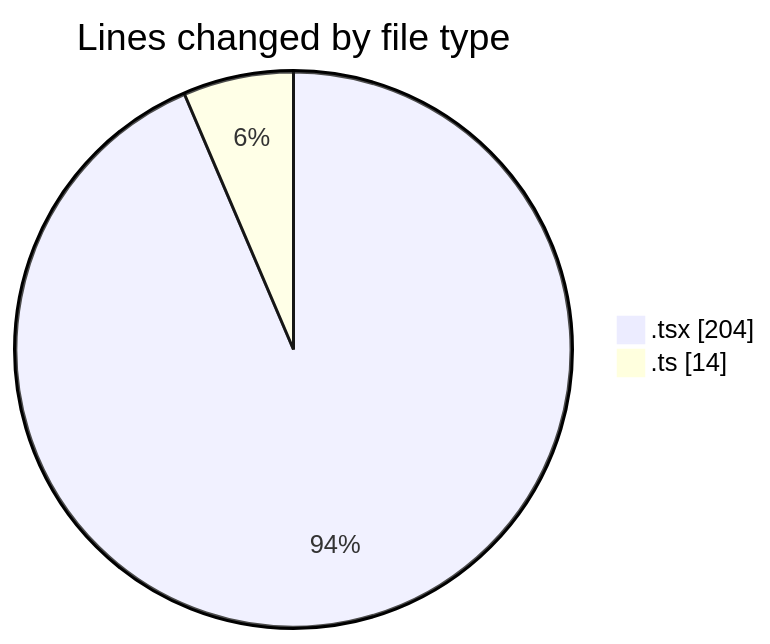
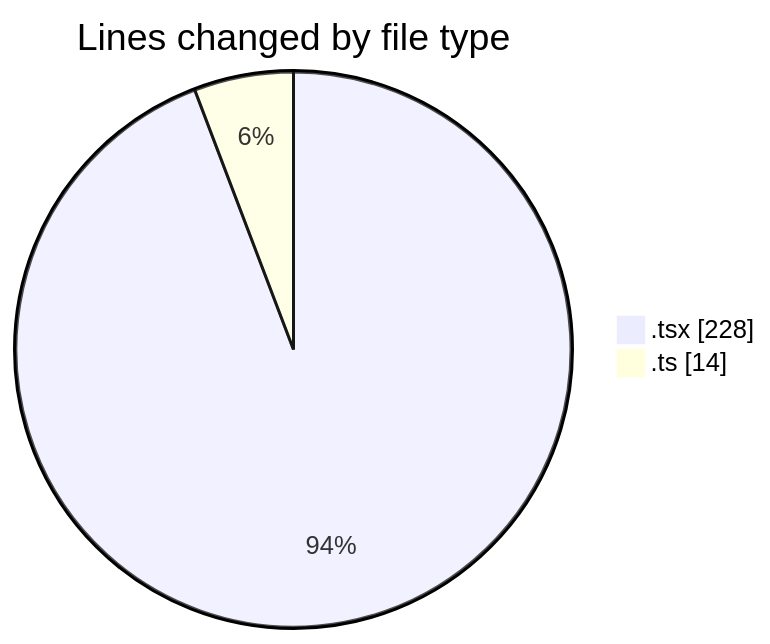
One commit to robertbonfada/code-tracking changed the first of 2 diagrams in 2025-01-10/mbc-web/README.md. Above: the diagram before and after it, drawn with Mermaid. The commit also changed other lines of this file and 1 other file, not shown here.

````diff
--- a/2025-01-10/mbc-web/README.md
+++ b/2025-01-10/mbc-web/README.md
@@ -23,6 +23,6 @@
 ```mermaid
 pie showData
 title Lines changed by file type
-".tsx" : 204
+".tsx" : 228
 ".ts" : 14
 ```
````
